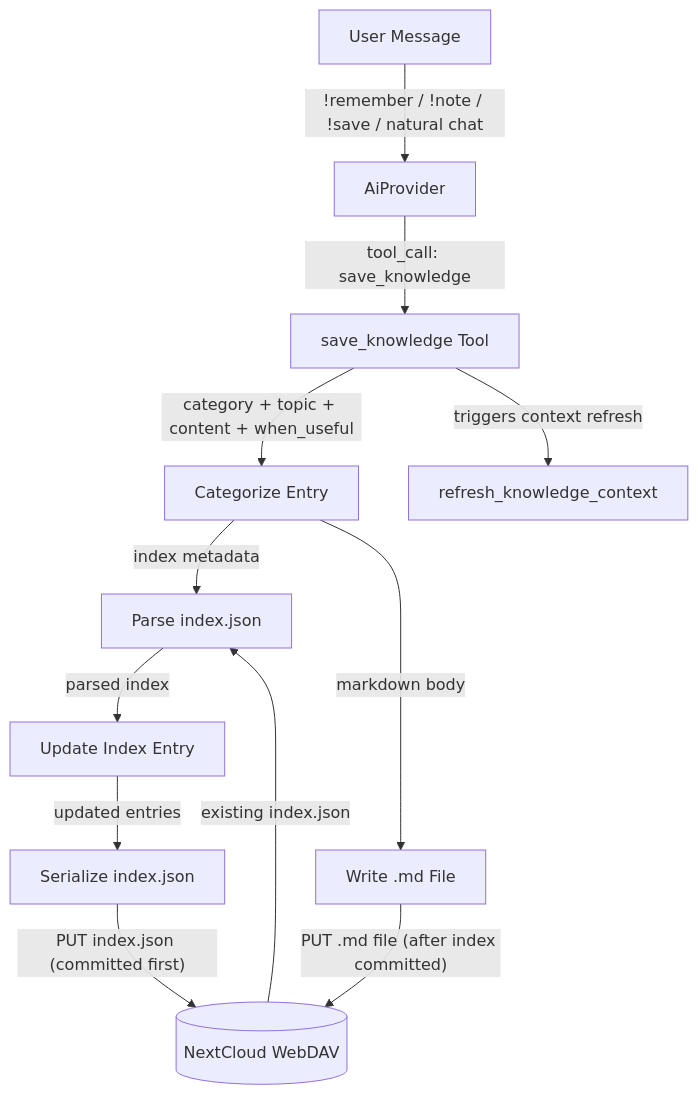
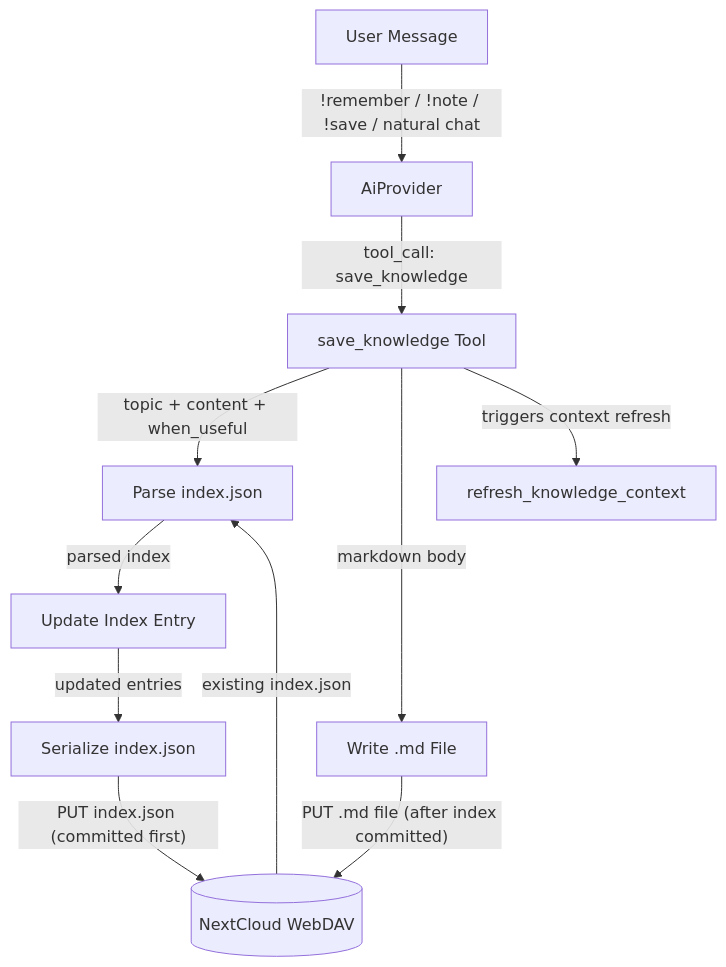
Before and after one commit to cosmoswafer/rockbot: the first of 5 diagrams in _dfd/base/knowledge.md, drawn with Mermaid. The commit also changed other lines of this file and 6 other files, not shown here.

````diff
--- a/_dfd/base/knowledge.md
+++ b/_dfd/base/knowledge.md
@@ -69,25 +61,23 @@
 ```mermaid
 flowchart TD
     USER[User Message]
     AI[AiProvider]
     TOOL[save_knowledge Tool]
-    CATEGORIZE[Categorize Entry]
     MD[Write .md File]
     IDX_PARSE[Parse index.json]
     IDX_UPDATE[Update Index Entry]
     IDX_SER[Serialize index.json]
     DAV[(NextCloud WebDAV)]
     CTX_REFRESH[refresh_knowledge_context<br/>reload matching entries]
 
     USER -->|"!remember / !note / !save / natural chat"| AI
     AI -->|"tool_call: save_knowledge"| TOOL
-    TOOL -->|"category + topic + content + when_useful"| CATEGORIZE
-    CATEGORIZE -->|"index metadata"| IDX_PARSE
+    TOOL -->|"topic + content + when_useful"| IDX_PARSE
     DAV -->|"existing index.json"| IDX_PARSE
     IDX_PARSE -->|"parsed index"| IDX_UPDATE
     IDX_UPDATE -->|"updated entries"| IDX_SER
     IDX_SER -->|"PUT index.json (committed first)"| DAV
-    CATEGORIZE -->|"markdown body"| MD
+    TOOL -->|"markdown body"| MD
     MD -->|"PUT .md file (after index committed)"| DAV
     TOOL -->|"triggers context refresh"| CTX_REFRESH[refresh_knowledge_context]
 ```
````
